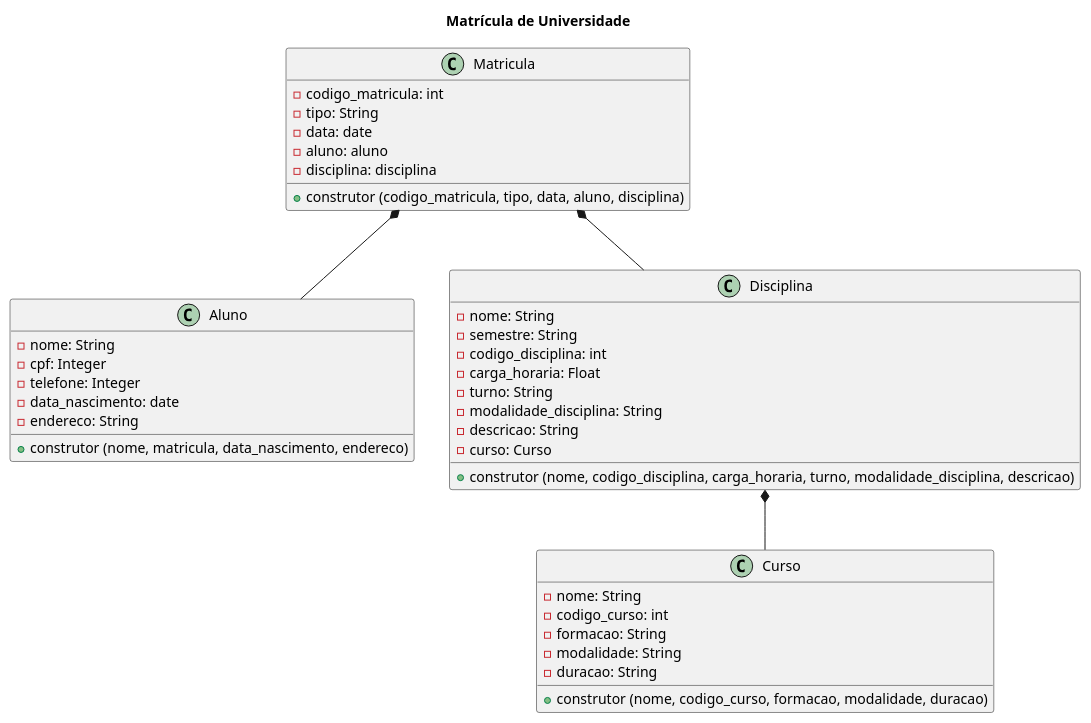
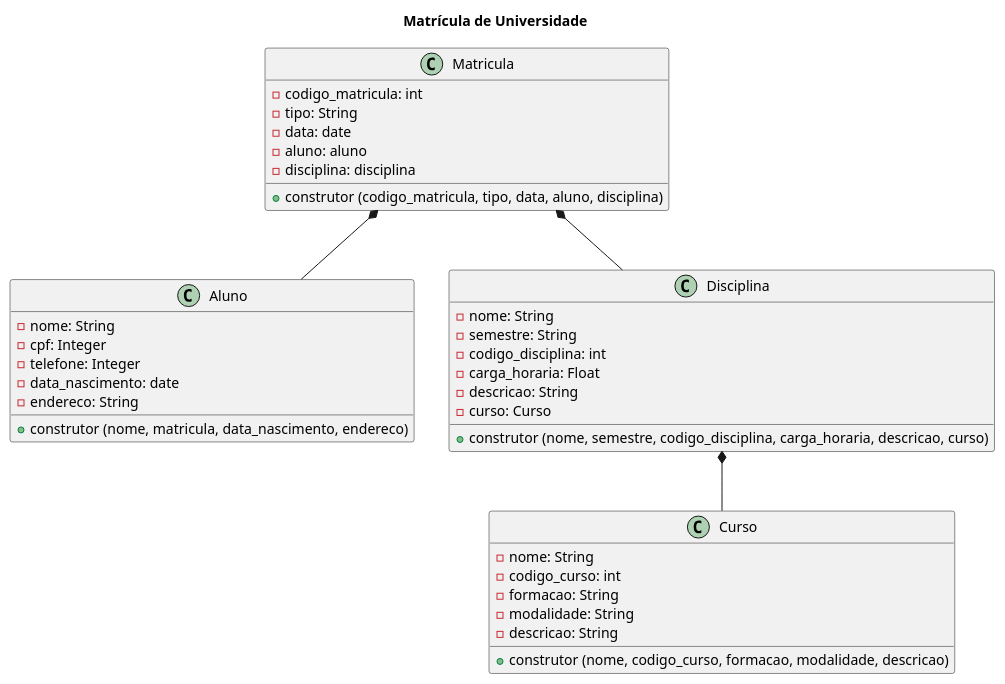
Before and after one commit to anleaes/2022-1-DEV-WEB-02: the diagram in diagrama.plantuml, drawn with PlantUML. The commit also changed 25 other files, not shown here.

```diff
--- a/diagrama.plantuml
+++ b/diagrama.plantuml
@@ -1,50 +1,48 @@
 @startuml universidade
 
 title Matrícula de Universidade
 
 class Aluno{
     - nome: String
     - cpf: Integer
     - telefone: Integer
     - data_nascimento: date
     - endereco: String
     + construtor (nome, matricula, data_nascimento, endereco)
 }
 
 class Disciplina{
     - nome: String
     - semestre: String
     - codigo_disciplina: int
     - carga_horaria: Float
-    - turno: String
-    - modalidade_disciplina: String
     - descricao: String
     - curso: Curso
-    + construtor (nome, codigo_disciplina, carga_horaria, turno, modalidade_disciplina, descricao)
+    + construtor (nome, semestre, codigo_disciplina, carga_horaria, descricao, curso)
 }
 
 class Matricula{
     - codigo_matricula: int
     - tipo: String
     - data: date
     - aluno: aluno
     - disciplina: disciplina
     + construtor (codigo_matricula, tipo, data, aluno, disciplina)
 }
 
 class Curso{
     - nome: String  
     - codigo_curso: int
     - formacao: String
     - modalidade: String
-    - duracao: String
-    + construtor (nome, codigo_curso, formacao, modalidade, duracao)
+    - descricao: String
+    + construtor (nome, codigo_curso, formacao, modalidade, descricao)
 }
 
 
 Matricula *-- Aluno
 Matricula *-- Disciplina
 Disciplina *-- Curso
 
 
 @enduml
```
